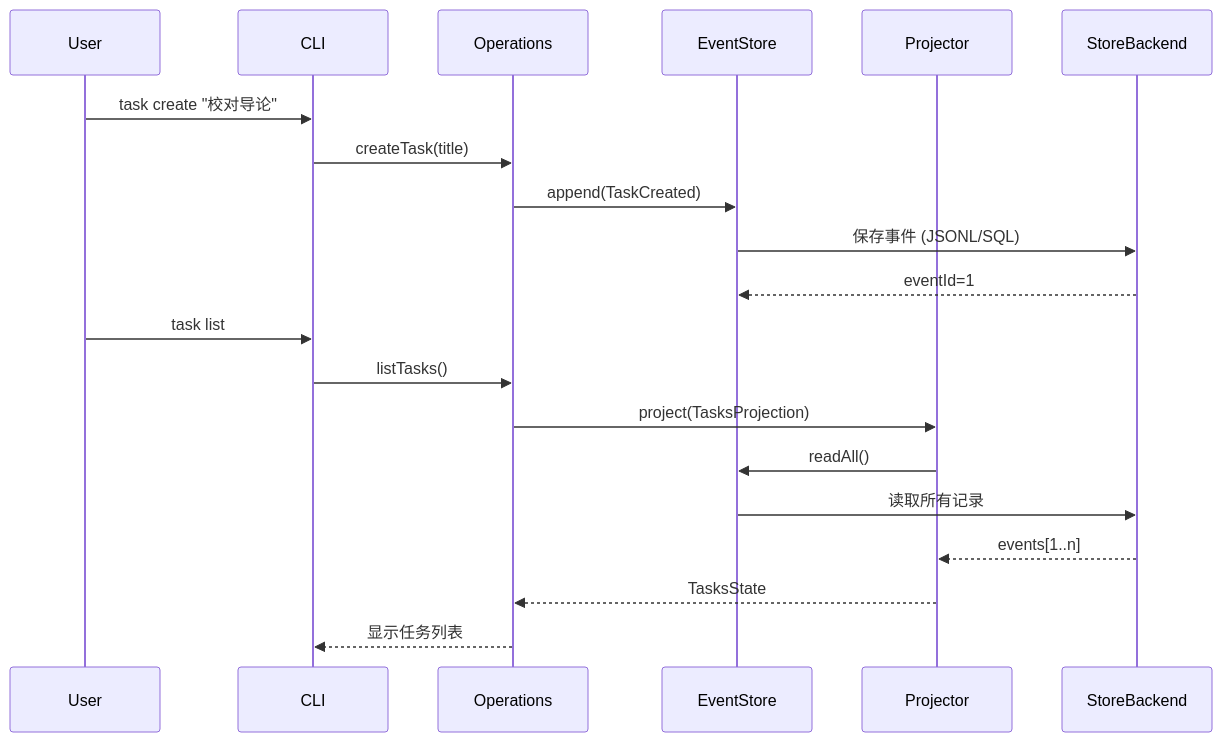
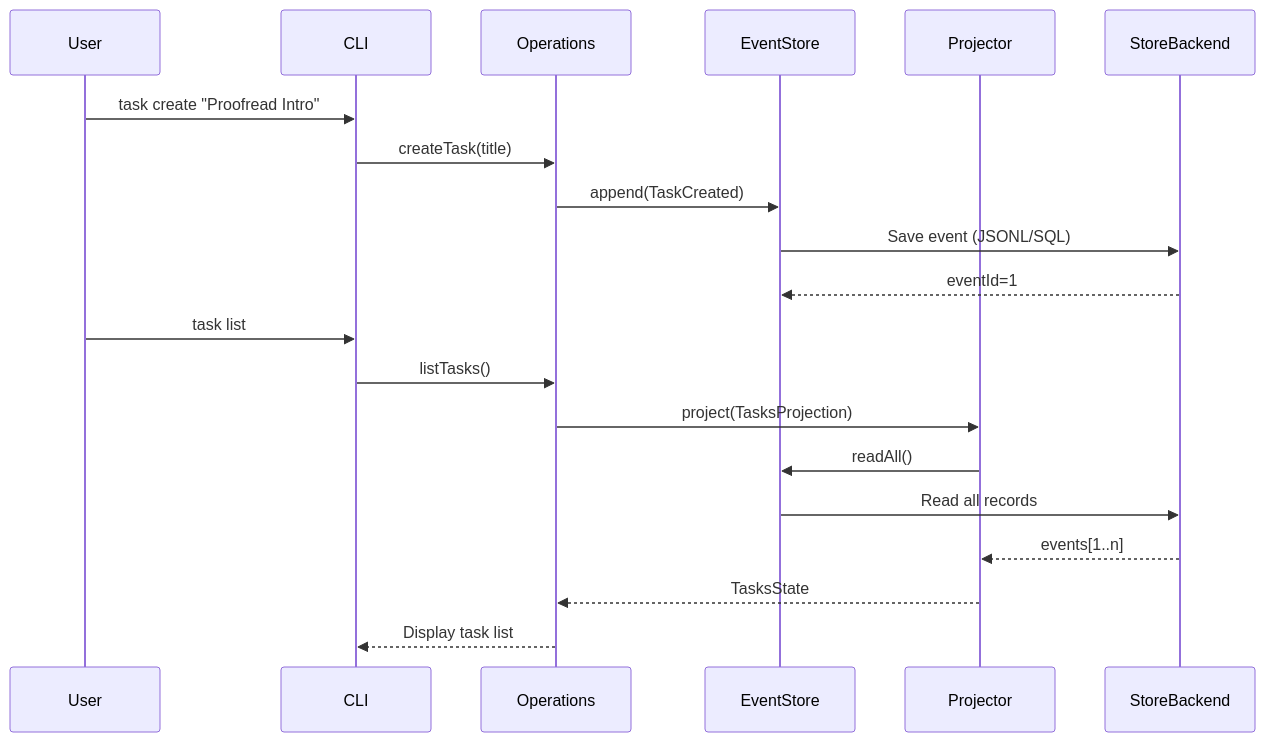
Before and after one commit to Adversarr/coauthor: the third of 5 diagrams in docs/M0_STATUS.md, drawn with Mermaid. The commit also changed other lines of this file and 13 other files, not shown here.

````diff
--- a/docs/M0_STATUS.md
+++ b/docs/M0_STATUS.md
@@ -241,24 +241,24 @@
 ```mermaid
 sequenceDiagram
     participant User
     participant CLI
     participant Operations
     participant EventStore
     participant Projector
     participant StoreBackend
 
-    User->>CLI: task create "校对导论"
+    User->>CLI: task create "Proofread Intro"
     CLI->>Operations: createTask(title)
     Operations->>EventStore: append(TaskCreated)
-    EventStore->>StoreBackend: 保存事件 (JSONL/SQL)
+    EventStore->>StoreBackend: Save event (JSONL/SQL)
     StoreBackend-->>EventStore: eventId=1
     
     User->>CLI: task list
     CLI->>Operations: listTasks()
     Operations->>Projector: project(TasksProjection)
     Projector->>EventStore: readAll()
-    EventStore->>StoreBackend: 读取所有记录
+    EventStore->>StoreBackend: Read all records
     StoreBackend-->>Projector: events[1..n]
     Projector-->>Operations: TasksState
-    Operations-->>CLI: 显示任务列表
+    Operations-->>CLI: Display task list
 ```
````
